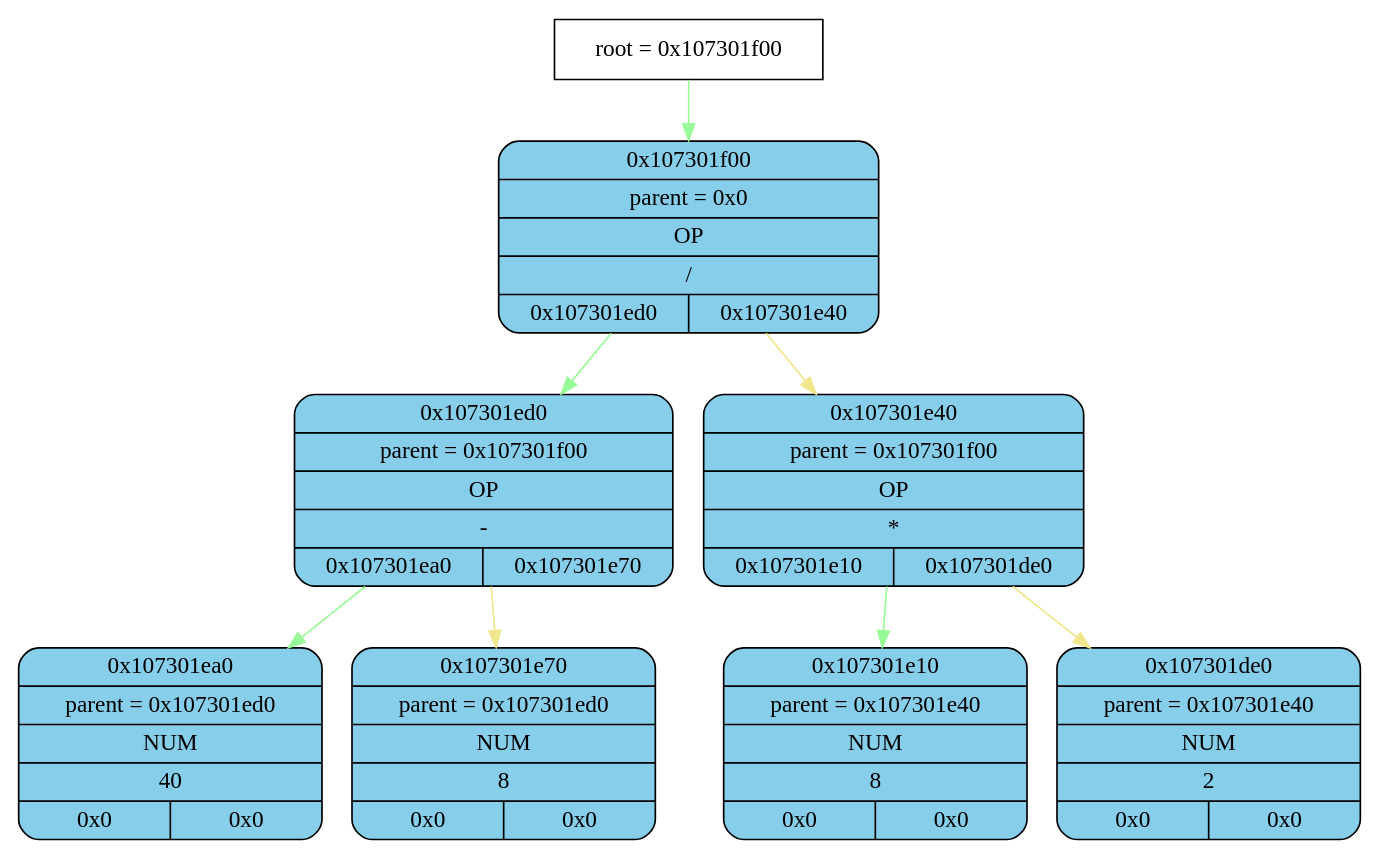
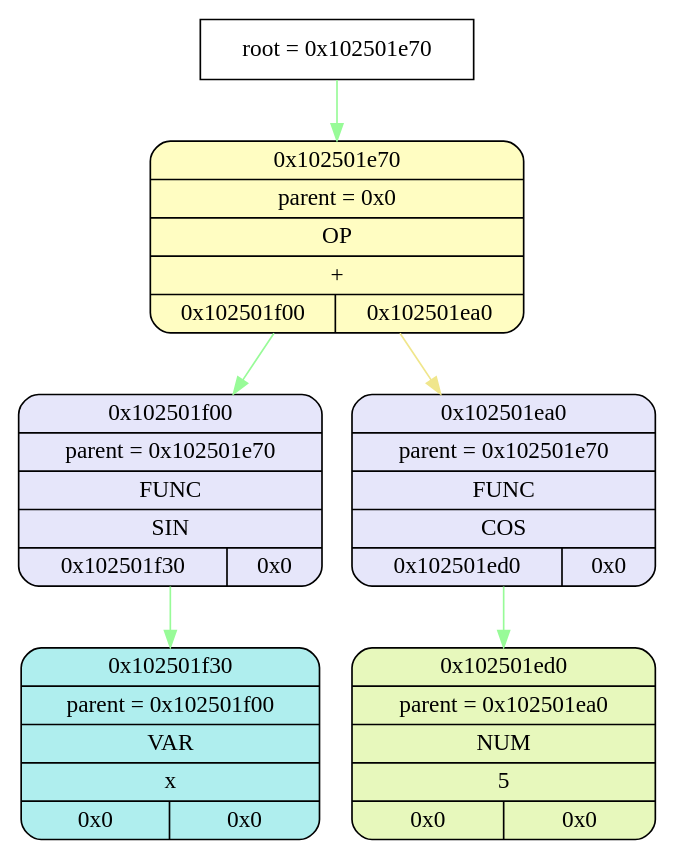
The diagram in tmp/graphviz.dot (esgalimov/differentiator), drawn with Graphviz before and after one commit. The commit also changed 9 other files, not shown here.

```diff
--- a/tmp/graphviz.dot
+++ b/tmp/graphviz.dot
@@ -1,26 +1,20 @@
 digraph
 {
-    node_info[shape = record, label = "{root = 0x107301f00}"];
+    node_info[shape = record, label = "{root = 0x102501e70}"];
 
-    node_info->node_0x107301f00 [color = "#98FB98"];
-    node_0x107301f00[shape = Mrecord, label = "{{0x107301f00} | {parent =  0x0} | {OP} | {/} | {0x107301ed0 | 0x107301e40}}",
-                style="filled", fillcolor="#87CEEB"];
-    node_0x107301ed0[shape = Mrecord, label = "{{0x107301ed0} | {parent =  0x107301f00} | {OP} | {-} | {0x107301ea0 | 0x107301e70}}",
-                style="filled", fillcolor="#87CEEB"];
-    node_0x107301ea0[shape = Mrecord, label = "{{0x107301ea0} | {parent =  0x107301ed0} | {NUM} | {40} | {0x0 | 0x0}}",
-                style="filled", fillcolor="#87CEEB"];
-    node_0x107301e70[shape = Mrecord, label = "{{0x107301e70} | {parent =  0x107301ed0} | {NUM} | {8} | {0x0 | 0x0}}",
-                style="filled", fillcolor="#87CEEB"];
-    node_0x107301e40[shape = Mrecord, label = "{{0x107301e40} | {parent =  0x107301f00} | {OP} | {*} | {0x107301e10 | 0x107301de0}}",
-                style="filled", fillcolor="#87CEEB"];
-    node_0x107301e10[shape = Mrecord, label = "{{0x107301e10} | {parent =  0x107301e40} | {NUM} | {8} | {0x0 | 0x0}}",
-                style="filled", fillcolor="#87CEEB"];
-    node_0x107301de0[shape = Mrecord, label = "{{0x107301de0} | {parent =  0x107301e40} | {NUM} | {2} | {0x0 | 0x0}}",
-                style="filled", fillcolor="#87CEEB"];
-    node_0x107301f00->node_0x107301ed0 [color = "#98FB98"];
-    node_0x107301ed0->node_0x107301ea0 [color = "#98FB98"];
-    node_0x107301ed0->node_0x107301e70 [color = "#F0E68C"];
-    node_0x107301f00->node_0x107301e40 [color = "#F0E68C"];
-    node_0x107301e40->node_0x107301e10 [color = "#98FB98"];
-    node_0x107301e40->node_0x107301de0 [color = "#F0E68C"];
+    node_info->node_0x102501e70 [color = "#98FB98"];
+    node_0x102501e70[shape = Mrecord, label = "{{0x102501e70} | {parent =  0x0} | {OP} | {+} | {0x102501f00 | 0x102501ea0}}",
+                style="filled", fillcolor="#FFFDC2"];
+    node_0x102501f00[shape = Mrecord, label = "{{0x102501f00} | {parent =  0x102501e70} | {FUNC} | {SIN} | {0x102501f30 | 0x0}}",
+                style="filled", fillcolor="#E6E6FA"];
+    node_0x102501f30[shape = Mrecord, label = "{{0x102501f30} | {parent =  0x102501f00} | {VAR} | {x} | {0x0 | 0x0}}",
+                style="filled", fillcolor="#AFEEEE"];
+    node_0x102501ea0[shape = Mrecord, label = "{{0x102501ea0} | {parent =  0x102501e70} | {FUNC} | {COS} | {0x102501ed0 | 0x0}}",
+                style="filled", fillcolor="#E6E6FA"];
+    node_0x102501ed0[shape = Mrecord, label = "{{0x102501ed0} | {parent =  0x102501ea0} | {NUM} | {5} | {0x0 | 0x0}}",
+                style="filled", fillcolor="#E7F8BC"];
+    node_0x102501e70->node_0x102501f00 [color = "#98FB98"];
+    node_0x102501f00->node_0x102501f30 [color = "#98FB98"];
+    node_0x102501e70->node_0x102501ea0 [color = "#F0E68C"];
+    node_0x102501ea0->node_0x102501ed0 [color = "#98FB98"];
 }
```
